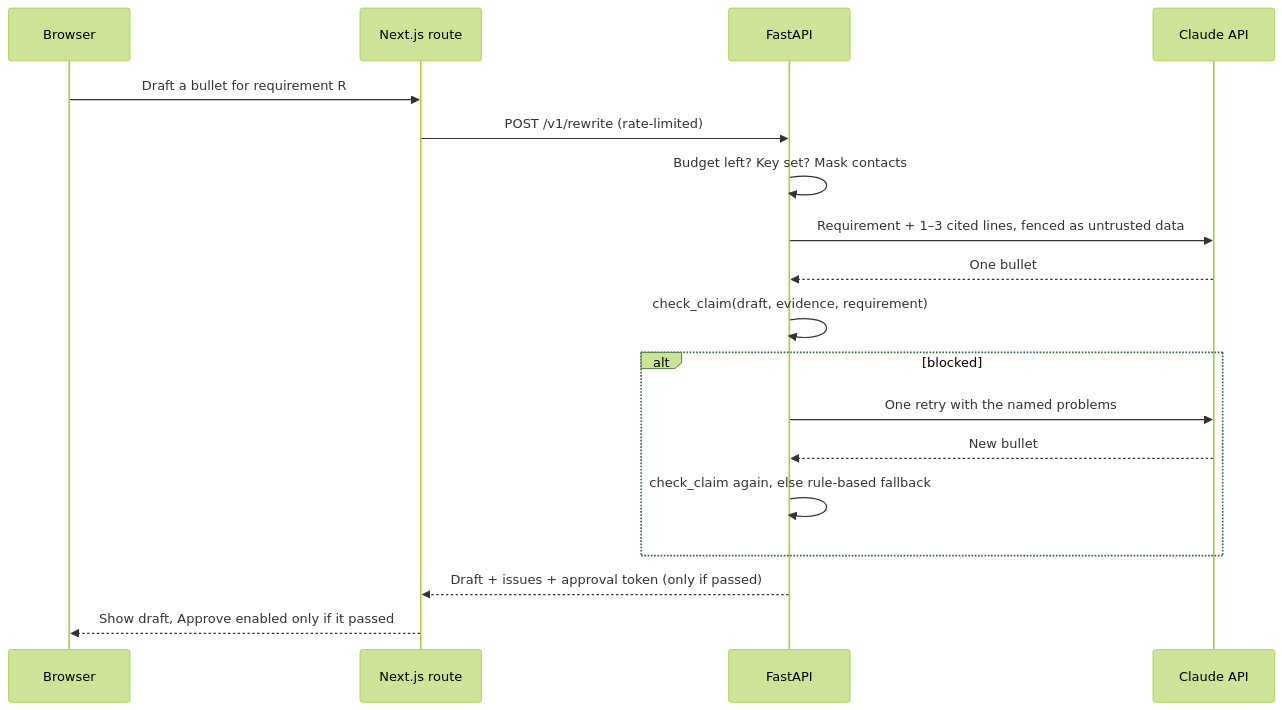
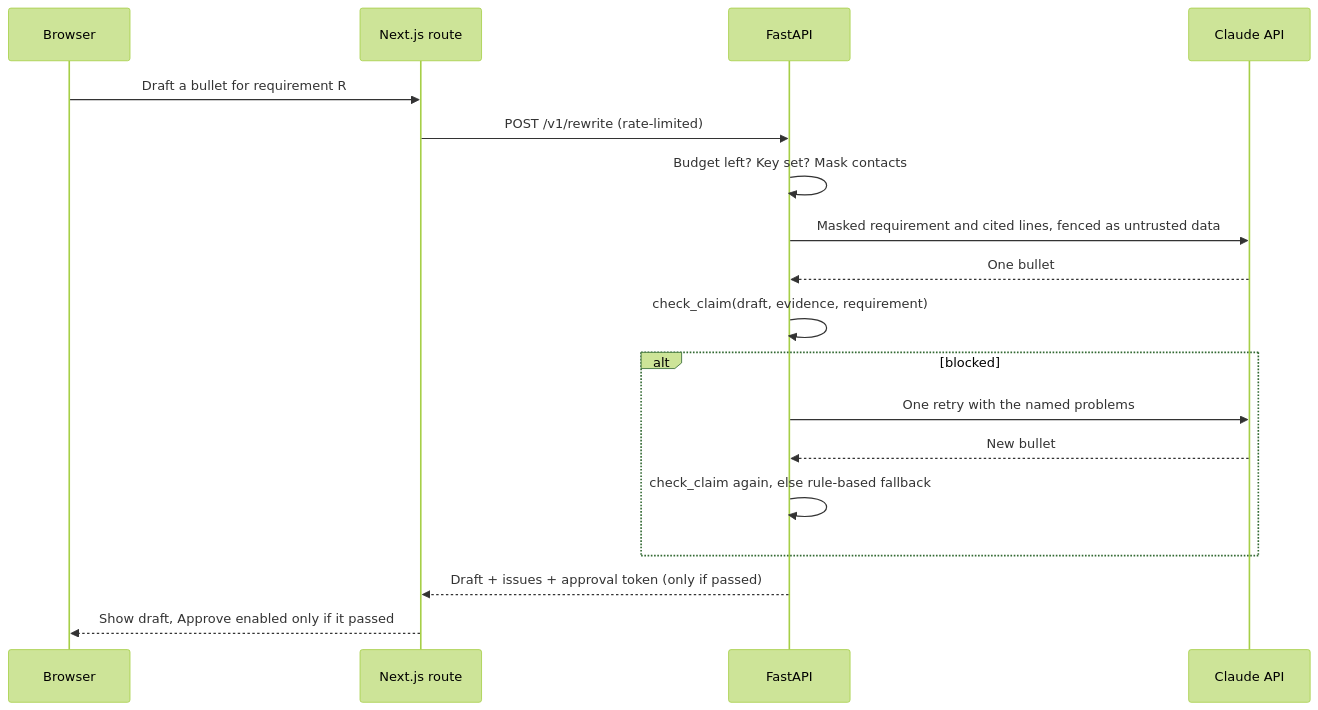
One commit to chintan-02/resumeiq changed the third of 4 diagrams in README.md. Above: the diagram before and after it, drawn with Mermaid (forest theme). The commit also changed other lines of this file, not shown here.

Commit message:
Clarify ResumeIQ architecture, evidence guarantees, and local setup

````diff
--- a/README.md
+++ b/README.md
@@ -134,20 +138,20 @@
 ```mermaid
 sequenceDiagram
   participant B as Browser
   participant N as Next.js route
   participant F as FastAPI
   participant L as Claude API
   B->>N: Draft a bullet for requirement R
   N->>F: POST /v1/rewrite (rate-limited)
   F->>F: Budget left? Key set? Mask contacts
-  F->>L: Requirement + 1–3 cited lines, fenced as untrusted data
+  F->>L: Masked requirement and cited lines, fenced as untrusted data
   L-->>F: One bullet
   F->>F: check_claim(draft, evidence, requirement)
   alt blocked
     F->>L: One retry with the named problems
     L-->>F: New bullet
     F->>F: check_claim again, else rule-based fallback
   end
   F-->>N: Draft + issues + approval token (only if passed)
   N-->>B: Show draft, Approve enabled only if it passed
 ```
````
